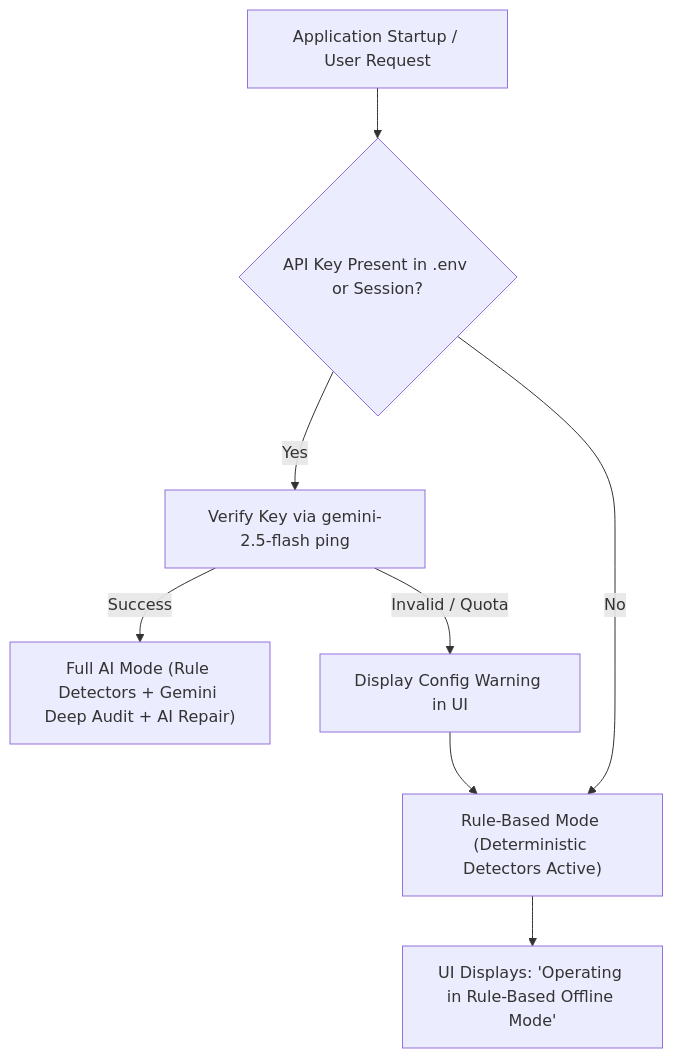
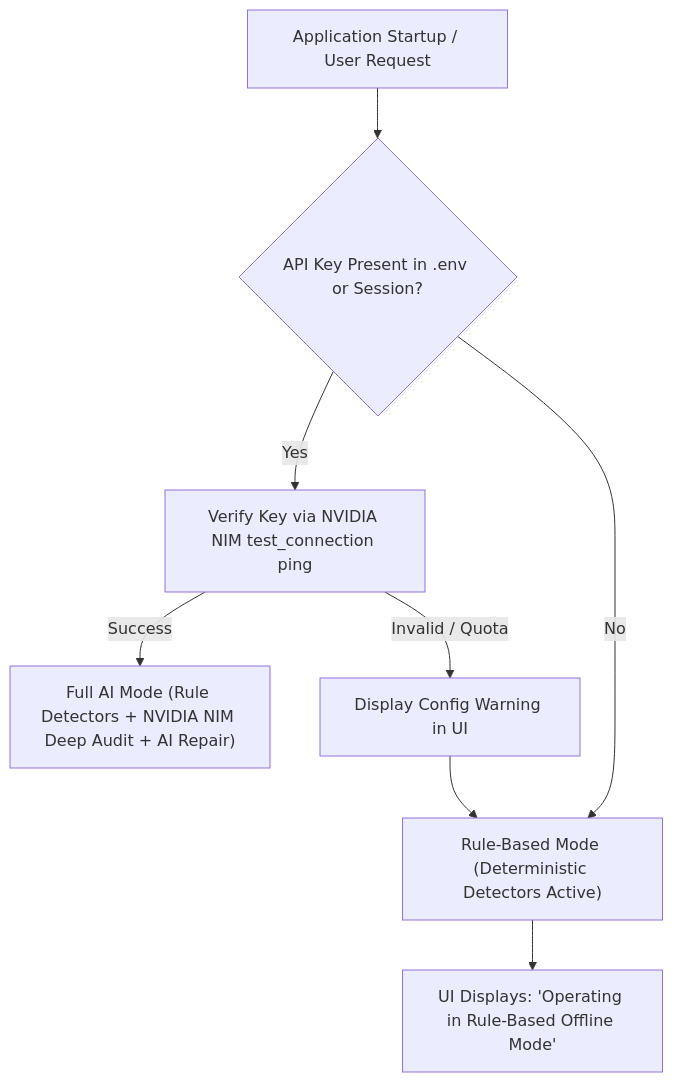
The diagram in IMPLEMENTATION_PLAN.md (satyamvishwa2006-coder/PlotHole-OS-AI-Story-Continuity-Debugger-SRDT), drawn with Mermaid before and after one commit. The commit also changed other lines of this file and 15 other files, not shown here.

Commit message:
feat: complete migration from Google Gemini to NVIDIA NIM API (OpenAI SDK)

````diff
--- a/IMPLEMENTATION_PLAN.md
+++ b/IMPLEMENTATION_PLAN.md
@@ -141,12 +141,12 @@
 ```mermaid
 flowchart TD
     Start["Application Startup / User Request"] --> CheckKey{"API Key Present in .env or Session?"}
     
-    CheckKey -->|Yes| TestConn["Verify Key via gemini-2.5-flash ping"]
-    TestConn -->|Success| FullAI["Full AI Mode (Rule Detectors + Gemini Deep Audit + AI Repair)"]
+    CheckKey -->|Yes| TestConn["Verify Key via NVIDIA NIM test_connection ping"]
+    TestConn -->|Success| FullAI["Full AI Mode (Rule Detectors + NVIDIA NIM Deep Audit + AI Repair)"]
     TestConn -->|Invalid / Quota| WarnUser["Display Config Warning in UI"] --> RuleOnly["Rule-Based Mode (Deterministic Detectors Active)"]
     
     CheckKey -->|No| RuleOnly
     
     RuleOnly --> OfflineUI["UI Displays: 'Operating in Rule-Based Offline Mode'"]
 ```
````
